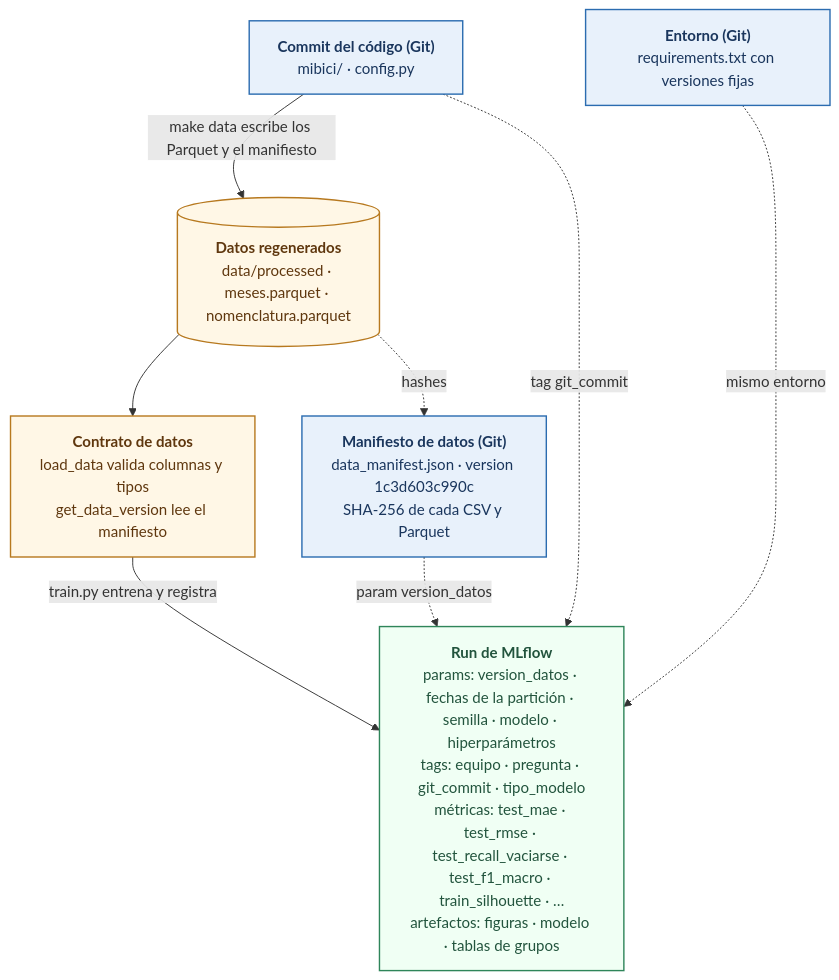
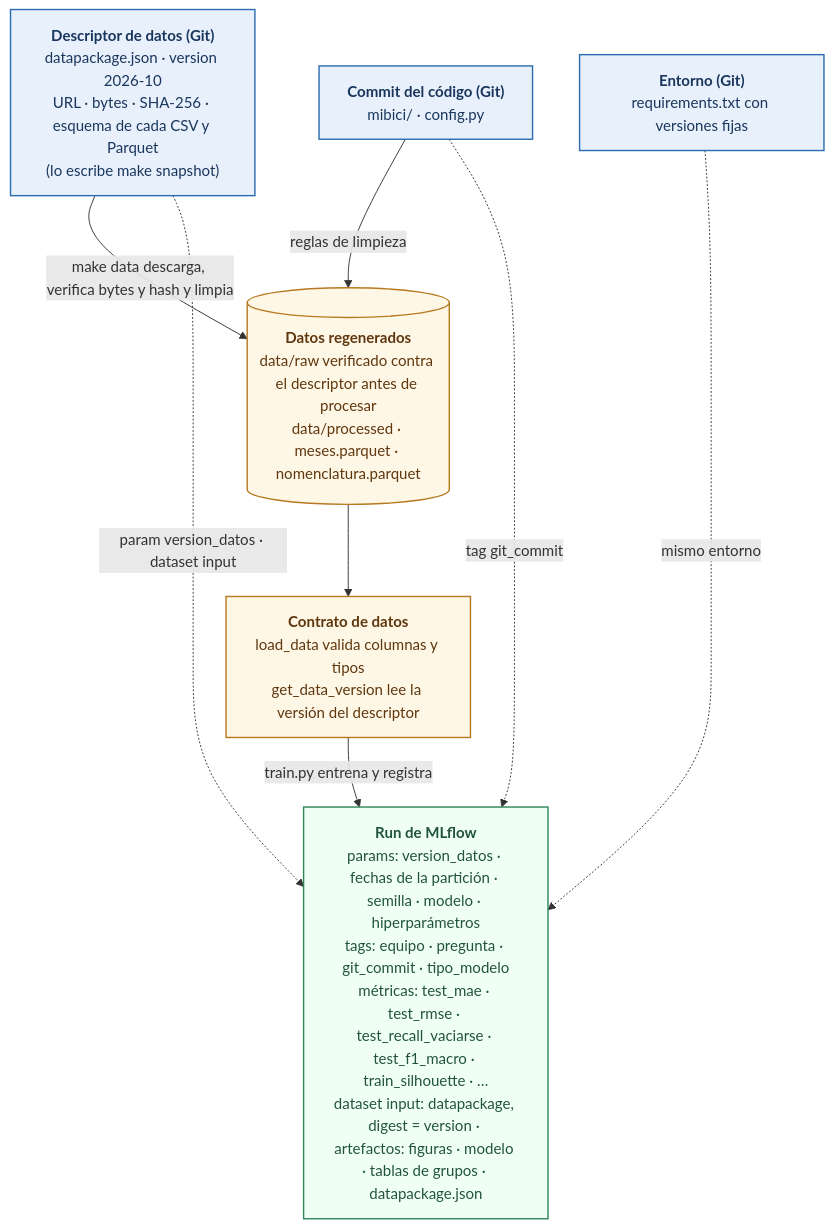
The diagram in references/trazabilidad.mmd (WillSagzz/TC5061-Proyecto-Equipo10), drawn with Mermaid before and after one commit. The commit also changed 14 other files, not shown here.

First line of the commit message:
feat(datos): versiona los datos con un descriptor Frictionless Data Package (#16)

```diff
--- a/references/trazabilidad.mmd
+++ b/references/trazabilidad.mmd
@@ -1,29 +1,29 @@
 %% Cadena de trazabilidad de un run · Proyecto MiBici · TC5061 Equipo 10
 %% Fuente de la Figura 3 de la Entrega 01. Se exporta a trazabilidad.png con mermaid-cli.
 %% Colores: azul = en Git · naranja = regenerado en cada máquina · verde = registro en MLflow.
 flowchart TB
 
-  MAN["<b>Manifiesto de datos (Git)</b><br/>data_manifest.json · version 1c3d603c990c<br/>SHA-256 de cada CSV y Parquet"]
+  MAN["<b>Descriptor de datos (Git)</b><br/>datapackage.json · version 2026-10<br/>URL · bytes · SHA-256 · esquema de cada CSV y Parquet<br/>(lo escribe make snapshot)"]
   COMMIT["<b>Commit del código (Git)</b><br/>mibici/ · config.py"]
   REQ["<b>Entorno (Git)</b><br/>requirements.txt con versiones fijas"]
 
-  DATA[("<b>Datos regenerados</b><br/>data/processed · meses.parquet · nomenclatura.parquet")]
-  CHECK["<b>Contrato de datos</b><br/>load_data valida columnas y tipos<br/>get_data_version lee el manifiesto"]
+  DATA[("<b>Datos regenerados</b><br/>data/raw verificado contra el descriptor antes de procesar<br/>data/processed · meses.parquet · nomenclatura.parquet")]
+  CHECK["<b>Contrato de datos</b><br/>load_data valida columnas y tipos<br/>get_data_version lee la versión del descriptor"]
 
-  RUN["<b>Run de MLflow</b><br/>params: version_datos · fechas de la partición · semilla · modelo · hiperparámetros<br/>tags: equipo · pregunta · git_commit · tipo_modelo<br/>métricas: test_mae · test_rmse · test_recall_vaciarse · test_f1_macro · train_silhouette · …<br/>artefactos: figuras · modelo · tablas de grupos"]
+  RUN["<b>Run de MLflow</b><br/>params: version_datos · fechas de la partición · semilla · modelo · hiperparámetros<br/>tags: equipo · pregunta · git_commit · tipo_modelo<br/>métricas: test_mae · test_rmse · test_recall_vaciarse · test_f1_macro · train_silhouette · …<br/>dataset input: datapackage, digest = version · artefactos: figuras · modelo · tablas de grupos · datapackage.json"]
 
-  COMMIT -- "make data escribe los Parquet y el manifiesto" --> DATA
-  DATA -. "hashes" .-> MAN
+  MAN -- "make data descarga, verifica bytes y hash y limpia" --> DATA
+  COMMIT -- "reglas de limpieza" --> DATA
   REQ ~~~ DATA
   DATA --> CHECK
   CHECK -- "train.py entrena y registra" --> RUN
-  MAN -. "param version_datos" .-> RUN
+  MAN -. "param version_datos · dataset input" .-> RUN
   COMMIT -. "tag git_commit" .-> RUN
   REQ -. "mismo entorno" .-> RUN
 
   classDef git fill:#e8f1fb,stroke:#2b6cb0,stroke-width:1.5px,color:#1a365d
   classDef local fill:#fff7e6,stroke:#b7791f,stroke-width:1.5px,color:#5f370e
   classDef run fill:#f0fff4,stroke:#2f855a,stroke-width:1.5px,color:#22543d
   class MAN,COMMIT,REQ git
   class DATA,CHECK local
   class RUN run
```
